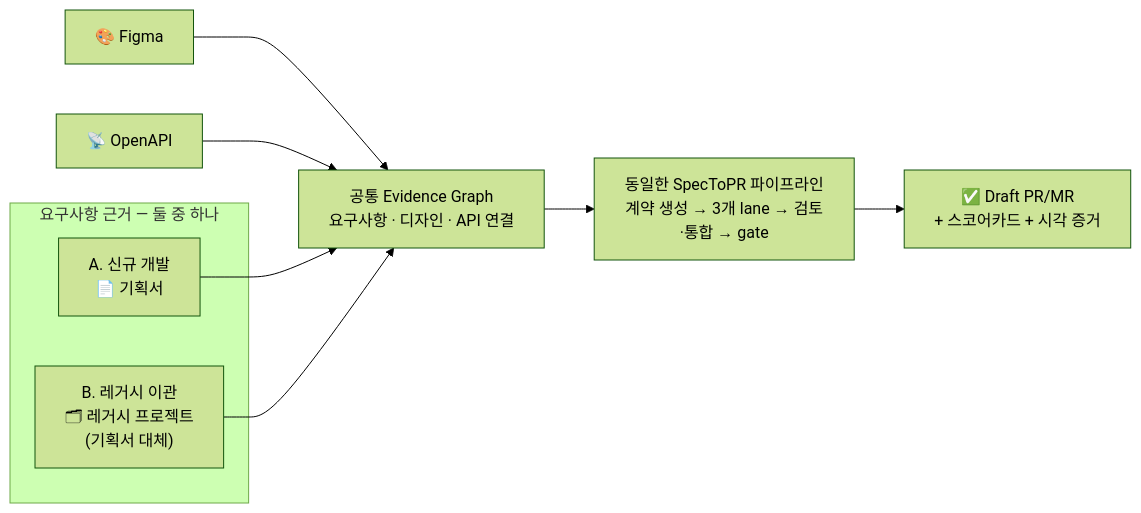
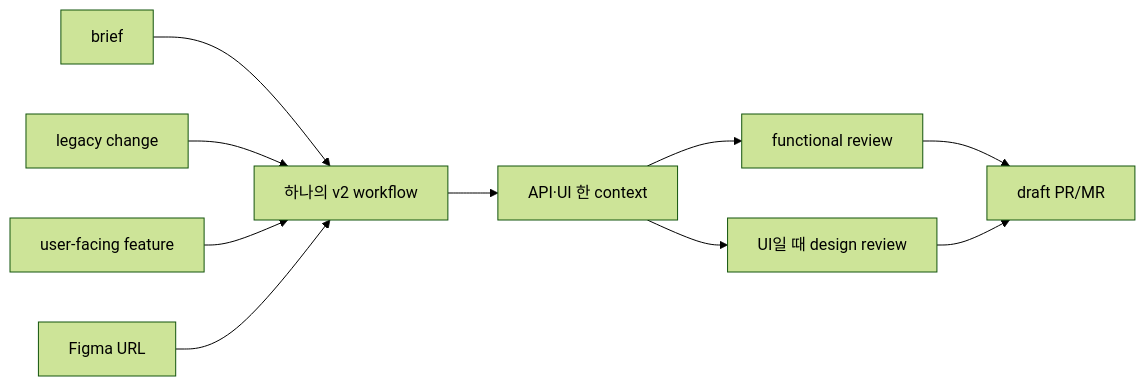
One commit to dhyun2/spec-to-pr changed the diagram in website/docs/intro.md. Above: the diagram before and after it, drawn with Mermaid (forest theme). The commit also changed other lines of this file and 149 other files, not shown here.

````diff
--- a/website/docs/intro.md
+++ b/website/docs/intro.md
@@ -11,13 +11,12 @@
 ```mermaid
 flowchart LR
-    subgraph S["요구사항 근거 — 둘 중 하나"]
-      A["A. 신규 개발<br/>📄 기획서"]
-      B["B. 레거시 이관<br/>🗂 레거시 프로젝트<br/>(기획서 대체)"]
-    end
-    F["🎨 Figma"] --> E
-    O["📡 OpenAPI"] --> E
-    A --> E["공통 Evidence Graph<br/>요구사항 · 디자인 · API 연결"]
-    B --> E
-    E --> P["동일한 SpecToPR 파이프라인<br/>계약 생성 → 3개 lane → 검토·통합 → gate"]
-    P --> R["✅ Draft PR/MR<br/>+ 스코어카드 + 시각 증거"]
+    B["brief"] --> W["하나의 v2 workflow"]
+    L["legacy change"] --> W
+    F["user-facing feature"] --> W
+    G["Figma URL"] --> W
+    W --> I["API·UI 한 context"]
+    I --> R1["functional review"]
+    I --> R2["UI일 때 design review"]
+    R1 --> D["draft PR/MR"]
+    R2 --> D
 ```
````
